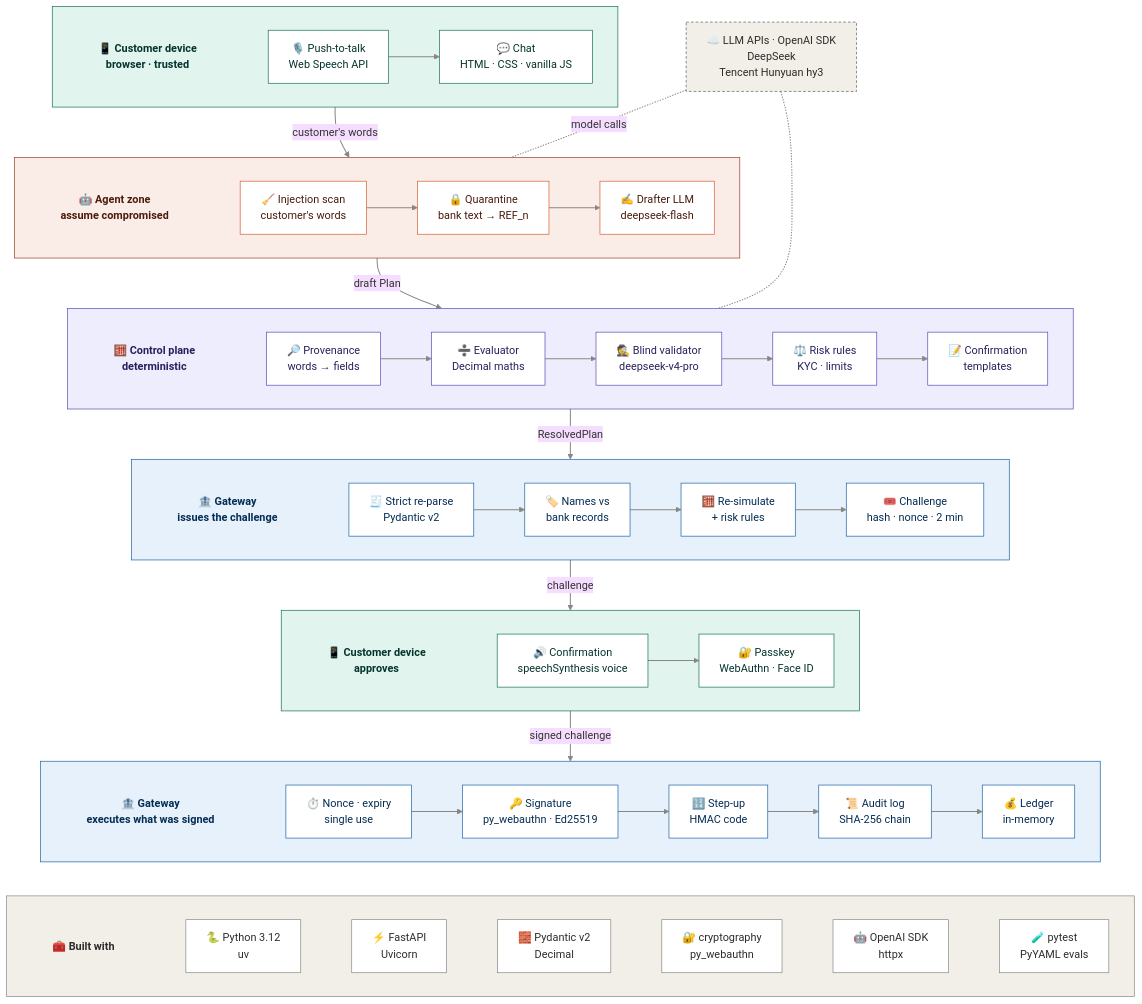
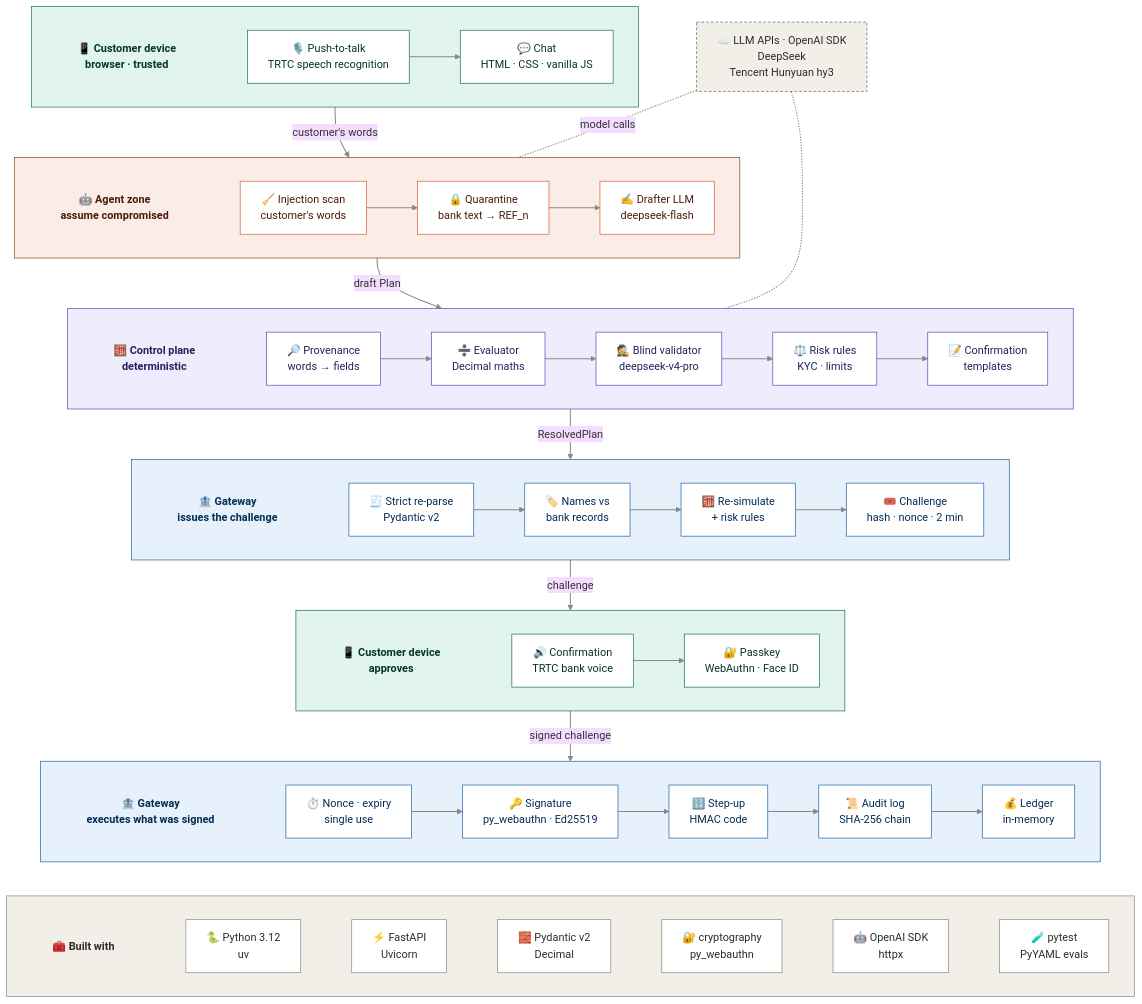
Before and after one commit to Luo-Z-Y/glass-vault: the first of 2 diagrams in docs/ARCHITECTURE.md, drawn with Mermaid (base theme). The commit also changed other lines of this file and 11 other files, not shown here.

First line of the commit message:
Give the bank a TRTC voice and ears: text-to-speech and speech recognition

````diff
--- a/docs/ARCHITECTURE.md
+++ b/docs/ARCHITECTURE.md
@@ -5,80 +5,80 @@
 ```mermaid
 flowchart TB
     subgraph ask[" "]
         direction LR
-        h_ask["📱 Customer device<br/>browser · trusted"] ~~~ mic["🎙️ Push-to-talk<br/>Web Speech API"] --> chat["💬 Chat<br/>HTML · CSS · vanilla JS"]
+        h_ask["📱 Customer device<br/>browser · trusted"] ~~~ mic["🎙️ Push-to-talk<br/>TRTC speech recognition"] --> chat["💬 Chat<br/>HTML · CSS · vanilla JS"]
     end
 
     llm["☁️ LLM APIs · OpenAI SDK<br/>DeepSeek<br/>Tencent Hunyuan hy3"]
 
     subgraph agent[" "]
         direction LR
         h_agent["🤖 Agent zone<br/>assume compromised"] ~~~ scan["🧹 Injection scan<br/>customer's words"] --> quarantine["🔒 Quarantine<br/>bank text → REF_n"] --> drafter["✍️ Drafter LLM<br/>deepseek-flash"]
     end
 
     subgraph control[" "]
         direction LR
         h_control["🧮 Control plane<br/>deterministic"] ~~~ prov["🔎 Provenance<br/>words → fields"] --> evaluator["➗ Evaluator<br/>Decimal maths"] --> validator["🕵️ Blind validator<br/>deepseek-v4-pro"] --> policy["⚖️ Risk rules<br/>KYC · limits"] --> render["📝 Confirmation<br/>templates"]
     end
 
     subgraph issue[" "]
         direction LR
         h_issue["🏦 Gateway<br/>issues the challenge"] ~~~ reparse["🧾 Strict re-parse<br/>Pydantic v2"] --> labels["🏷️ Names vs<br/>bank records"] --> simulate["🧮 Re-simulate<br/>+ risk rules"] --> challenge["🎟️ Challenge<br/>hash · nonce · 2 min"]
     end
 
     subgraph approve[" "]
         direction LR
-        h_approve["📱 Customer device<br/>approves"] ~~~ screen["🔊 Confirmation<br/>speechSynthesis voice"] --> passkey["🔐 Passkey<br/>WebAuthn · Face ID"]
+        h_approve["📱 Customer device<br/>approves"] ~~~ screen["🔊 Confirmation<br/>TRTC bank voice"] --> passkey["🔐 Passkey<br/>WebAuthn · Face ID"]
     end
 
     subgraph execute[" "]
         direction LR
         h_execute["🏦 Gateway<br/>executes what was signed"] ~~~ once["⏱️ Nonce · expiry<br/>single use"] --> verify["🔑 Signature<br/>py_webauthn · Ed25519"] --> stepup["🔢 Step-up<br/>HMAC code"] --> audit["📜 Audit log<br/>SHA-256 chain"] --> ledger["💰 Ledger<br/>in-memory"]
     end
 
     subgraph stack[" "]
         direction LR
         h_stack["🧰 Built with"] ~~~ py["🐍 Python 3.12<br/>uv"] ~~~ api["⚡ FastAPI<br/>Uvicorn"] ~~~ pyd["🧱 Pydantic v2<br/>Decimal"] ~~~ sec["🔐 cryptography<br/>py_webauthn"] ~~~ sdk["🤖 OpenAI SDK<br/>httpx"] ~~~ qa["🧪 pytest<br/>PyYAML evals"]
     end
 
     ask -->|"customer's words"| agent
     llm -.-|"model calls"| agent
     llm -.- control
     agent -->|"draft Plan"| control
     control -->|"ResolvedPlan"| issue
     issue -->|"challenge"| approve
     approve -->|"signed challenge"| execute
     execute ~~~ stack
 
     classDef device fill:#FFFFFF,stroke:#0F6E56,color:#04342C
     classDef agentN fill:#FFFFFF,stroke:#D85A30,color:#4A1B0C
     classDef controlN fill:#FFFFFF,stroke:#534AB7,color:#26215C
     classDef gatewayN fill:#FFFFFF,stroke:#185FA5,color:#042C53
     classDef stackN fill:#FFFFFF,stroke:#888780,color:#2C2C2A
     classDef external fill:#F1EFE8,stroke:#5F5E5A,color:#2C2C2A,stroke-dasharray:4 3
     classDef hDevice fill:none,stroke:none,color:#04342C,font-weight:bold
     classDef hAgent fill:none,stroke:none,color:#4A1B0C,font-weight:bold
     classDef hControl fill:none,stroke:none,color:#26215C,font-weight:bold
     classDef hGateway fill:none,stroke:none,color:#042C53,font-weight:bold
     classDef hStack fill:none,stroke:none,color:#2C2C2A,font-weight:bold
     class mic,chat,screen,passkey device
     class scan,quarantine,drafter agentN
     class prov,evaluator,validator,policy,render controlN
     class reparse,labels,simulate,challenge,once,verify,stepup,audit,ledger gatewayN
     class py,api,pyd,sec,sdk,qa stackN
     class llm external
     class h_ask,h_approve hDevice
     class h_agent hAgent
     class h_control hControl
     class h_issue,h_execute hGateway
     class h_stack hStack
     style ask fill:#E1F5EE,stroke:#0F6E56
     style approve fill:#E1F5EE,stroke:#0F6E56
     style agent fill:#FAECE7,stroke:#993C1D
     style control fill:#EEEDFE,stroke:#534AB7
     style issue fill:#E6F1FB,stroke:#185FA5
     style execute fill:#E6F1FB,stroke:#185FA5
     style stack fill:#F1EFE8,stroke:#888780
     %% Real arrows only: the ~~~ links just line up the row headers and must stay invisible.
     linkStyle 1,3,4,6,7,8,9,11,12,13,15,17,18,19,20,27,28,29,30,31,32,33 stroke:#888780,stroke-width:1.5px
 ```
````
